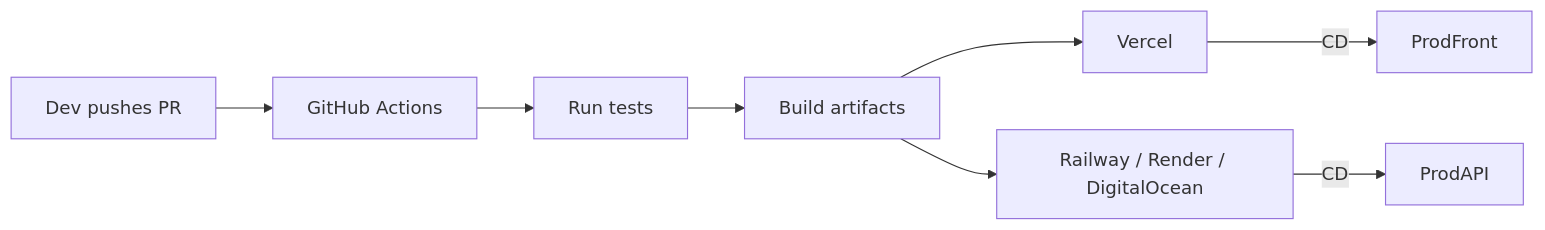
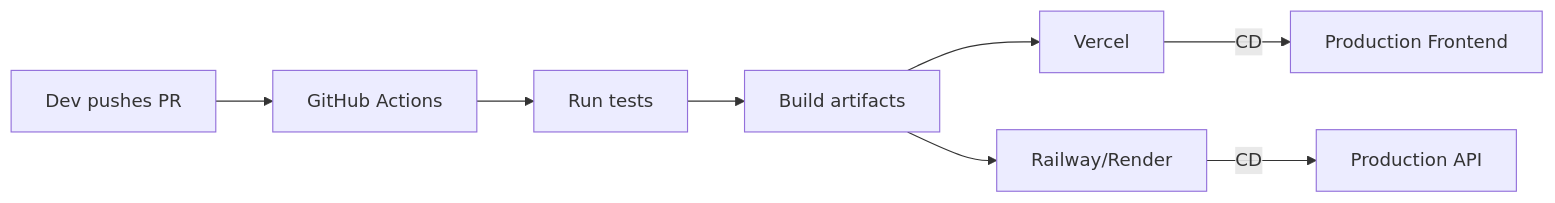
One commit to EduardoReis2020/Tarefix changed the seventh of 7 diagrams in docs/Tarefix.md. Above: the diagram before and after it, drawn with Mermaid. The commit also changed other lines of this file, not shown here.

````diff
--- a/docs/Tarefix.md
+++ b/docs/Tarefix.md
@@ -294,10 +294,10 @@
 ```mermaid
 flowchart LR
-  Dev[Dev pushes PR] --> GH[GitHub Actions]
-  GH --> Test[Run tests]
-  Test --> Build[Build artifacts]
-  Build --> DeployFront[Vercel]
-  Build --> DeployAPI[Railway / Render / DigitalOcean]
-  DeployFront -->|CD| ProdFront
-  DeployAPI -->|CD| ProdAPI
+  Dev["Dev pushes PR"] --> GH["GitHub Actions"]
+  GH --> Test["Run tests"]
+  Test --> Build["Build artifacts"]
+  Build --> DeployFront["Vercel"]
+  Build --> DeployAPI["Railway/Render"]
+  DeployFront -->|CD| ProdFront["Production Frontend"]
+  DeployAPI -->|CD| ProdAPI["Production API"]
 ```
````
